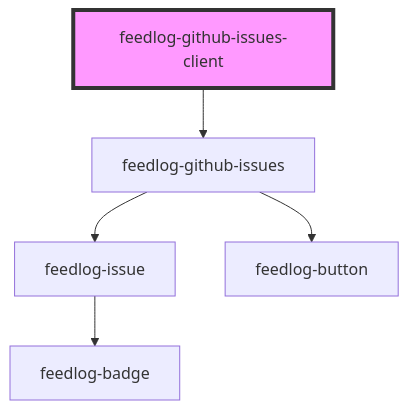
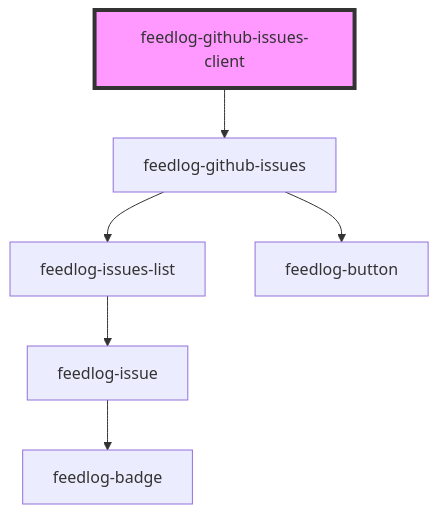
One commit to FeedlogAI/feedlog-toolkit changed the diagram in packages/webcomponents/src/components/feedlog-github-issues-client/readme.md. Above: the diagram before and after it, drawn with Mermaid. The commit also changed 10 other files, not shown here.

First line of the commit message:
feat: enhance FeedlogIssuesList component with empty state properties

````diff
--- a/packages/webcomponents/src/components/feedlog-github-issues-client/readme.md
+++ b/packages/webcomponents/src/components/feedlog-github-issues-client/readme.md
@@ -44,8 +44,9 @@
 ```mermaid
 graph TD;
   feedlog-github-issues-client --> feedlog-github-issues
-  feedlog-github-issues --> feedlog-issue
+  feedlog-github-issues --> feedlog-issues-list
   feedlog-github-issues --> feedlog-button
+  feedlog-issues-list --> feedlog-issue
   feedlog-issue --> feedlog-badge
   style feedlog-github-issues-client fill:#f9f,stroke:#333,stroke-width:4px
 ```
````
